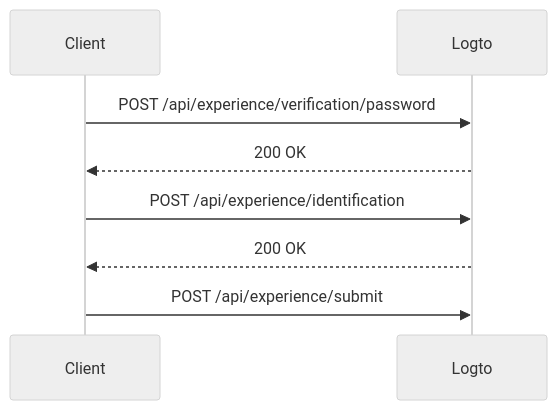
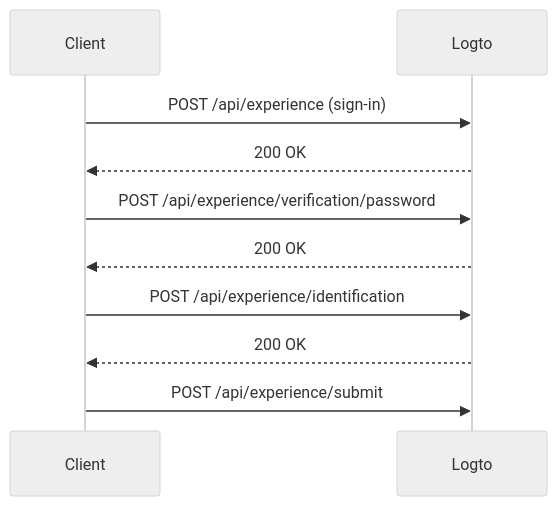
Before and after one commit to logto-io/rfcs: the first of 17 diagrams in draft/0004-experience-api.md, drawn with Mermaid (neutral theme). The commit also changed other lines of this file, not shown here.

First line of the commit message:
refactor: update the experience API.

````diff
--- a/draft/0004-experience-api.md
+++ b/draft/0004-experience-api.md
@@ -610,11 +650,13 @@
 ```mermaid
 sequenceDiagram
     participant C as Client
     participant L as Logto
 
+    C->>L: POST /api/experience (sign-in)
+    L-->>C: 200 OK
     C->>L: POST /api/experience/verification/password
     L-->>C: 200 OK
     C->>L: POST /api/experience/identification
     L-->>C: 200 OK
     C->>L: POST /api/experience/submit
 ```
````
